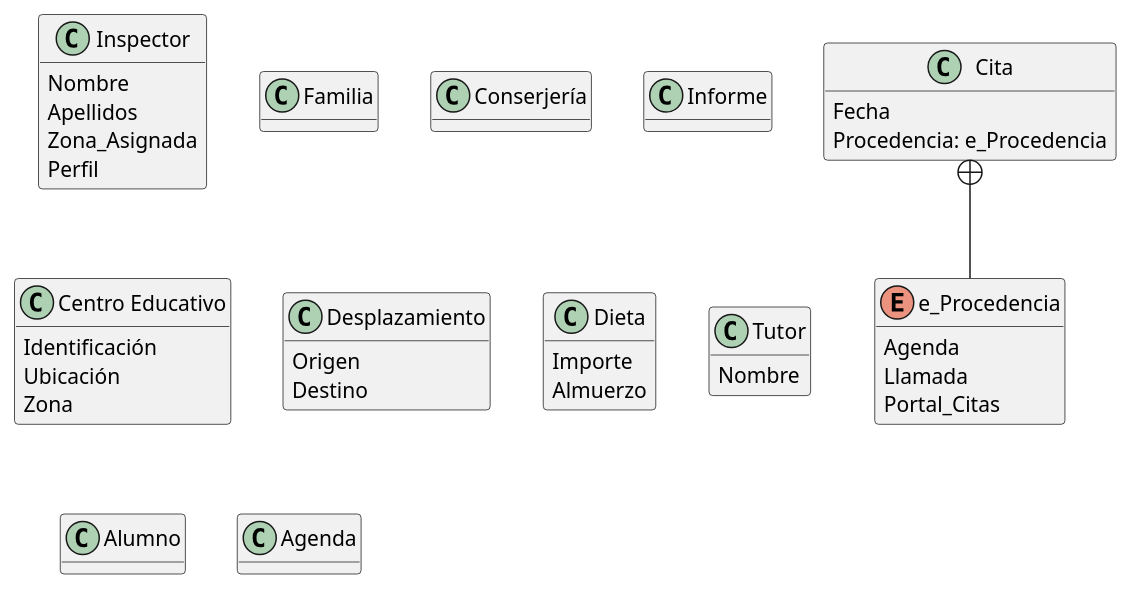
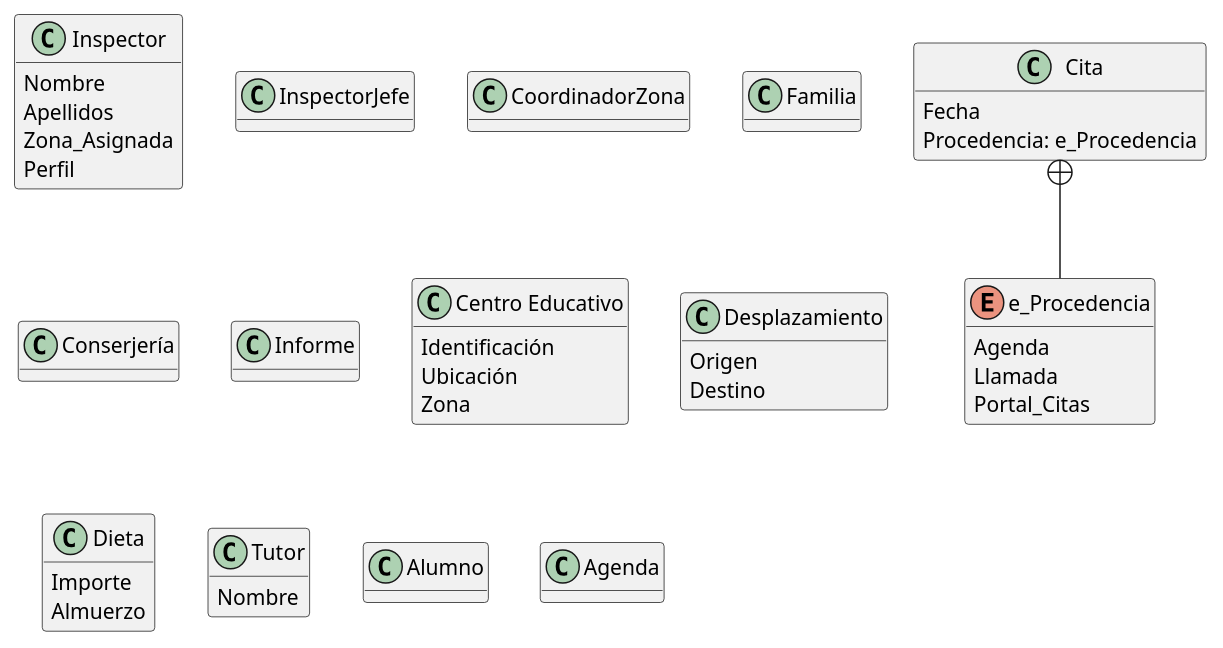
Before and after one commit to lorenzomaranon/ProyectoBD_Inspeccion_Educativa: the diagram in docs/modelado_conceptual.puml, drawn with PlantUML.

Commit message:
Añadidas clases InspectorJefe y CoordinadorZona

```diff
--- a/docs/modelado_conceptual.puml
+++ b/docs/modelado_conceptual.puml
@@ -1,66 +1,74 @@
 @startuml
 hide methods
 skinparam ClassAttributeIconSize 0
 
 class Inspector{
     Nombre
     Apellidos
     Zona_Asignada
     Perfil
+}
+
+class InspectorJefe {
+
+}
+
+class CoordinadorZona {
+    
 }
 
 class Familia{
 
 }
 
 class Conserjería {
 
 
 }
 
 class Informe {
     
 }
 
 class "Centro Educativo" as CentroEducativo{
     Identificación
     Ubicación
     Zona
 }
 
 class Desplazamiento{
     Origen
     Destino
 }
 
 class Dieta{
     Importe
     Almuerzo
 }
 
 class Cita{
     Fecha
     Procedencia: e_Procedencia
 }
 
 enum e_Procedencia {
     Agenda
     Llamada
     Portal_Citas
 }
 
 Cita +-- e_Procedencia
 
 class Tutor{
     Nombre
 }
 
 class Alumno{
 
 }
 
 class Agenda{
     
 }
 
 @enduml
```
